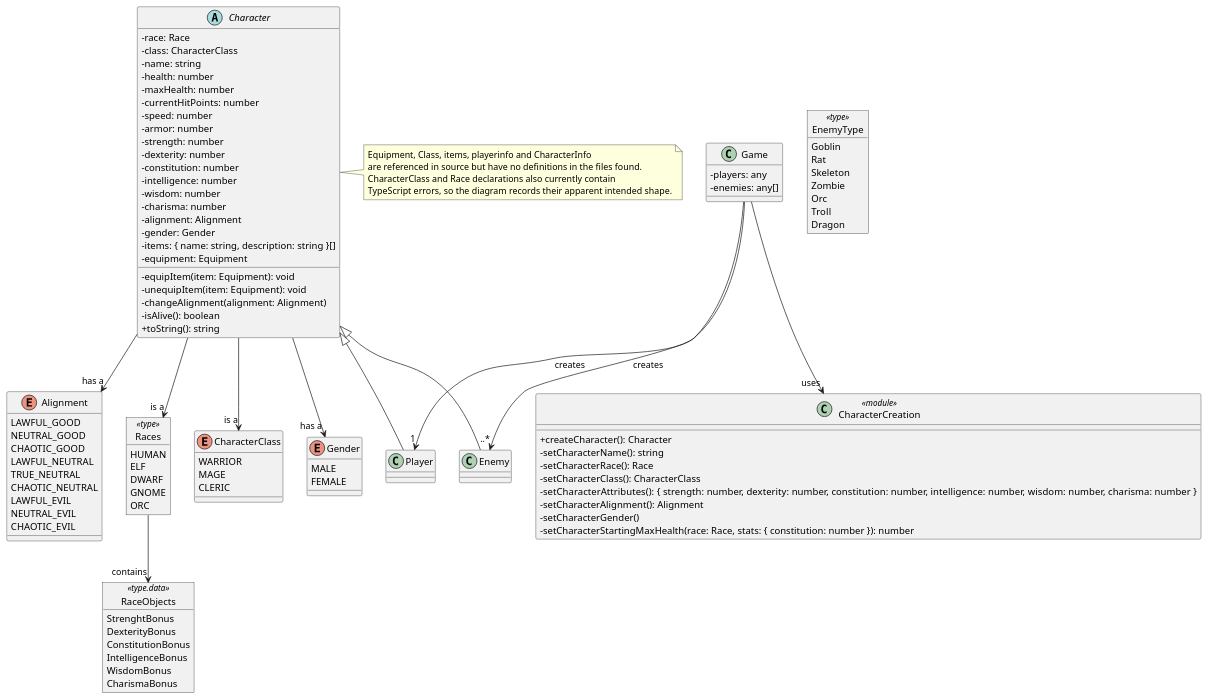
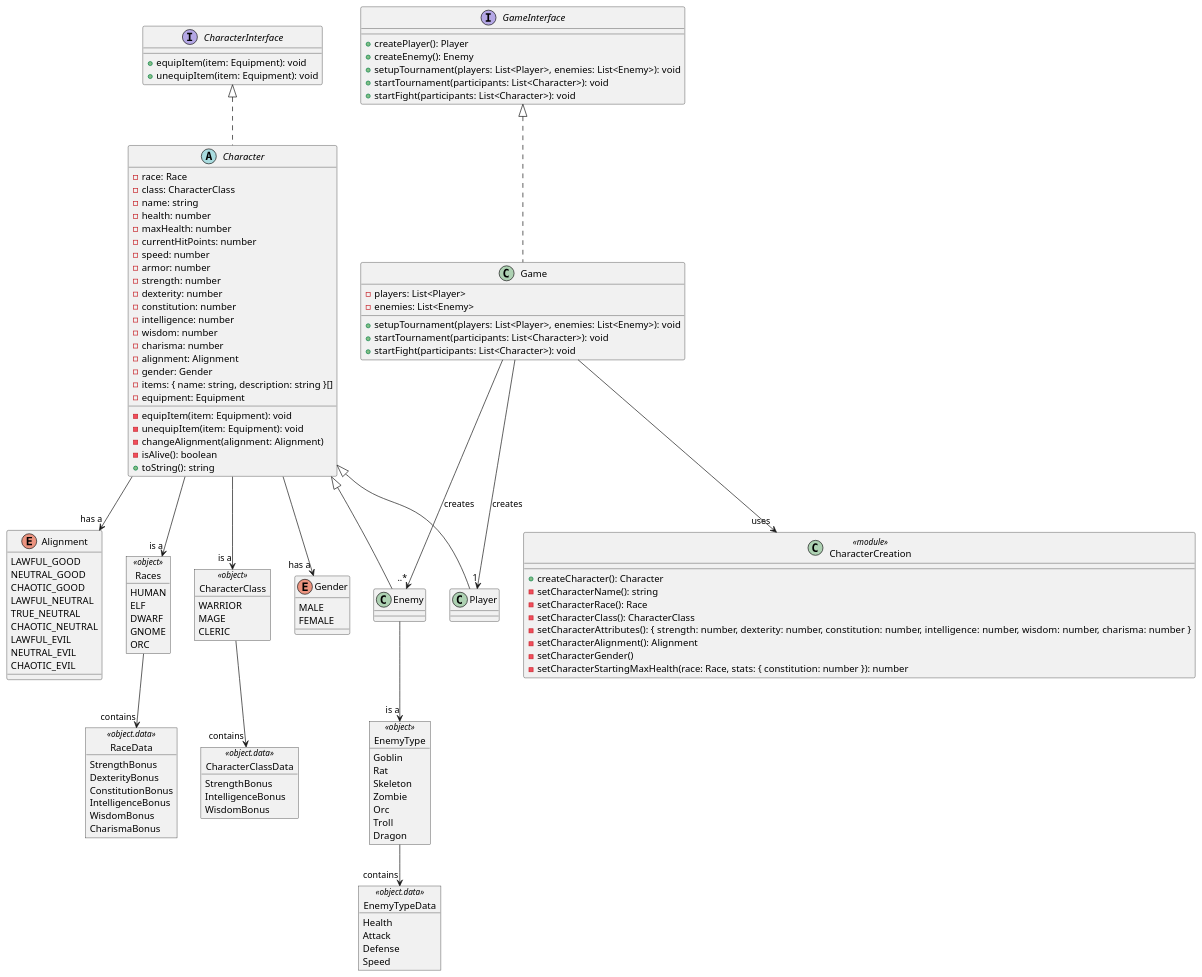
One commit to MrNegnar/RpgRandomGame changed the diagram in diagrams/class_diagram_v_01.puml. Above: the diagram before and after it, drawn with PlantUML. The commit also changed 1 other file, not shown here.

Commit message:
initial player usecase diagram. structure class diagram and add characterinterface

```diff
--- a/diagrams/class_diagram_v_01.puml
+++ b/diagrams/class_diagram_v_01.puml
@@ -1,135 +1,178 @@
-@startuml
-skinparam classAttributeIconSize 0
+@startuml Class diagram of rpgtournament
 
-abstract Character {
+'===============Interfaces=================
+
+interface GameInterface {
+  +createPlayer(): Player
+  +createEnemy(): Enemy
+  +setupTournament(players: List<Player>, enemies: List<Enemy>): void
+  +startTournament(participants: List<Character>): void
+  +startFight(participants: List<Character>): void
+}
+
+interface CharacterInterface {
+  +equipItem(item: Equipment): void
+  +unequipItem(item: Equipment): void
+}
+
+'===============Enums=================
+
+enum Gender {
+  MALE
+  FEMALE
+}
+
+enum Alignment {
+  LAWFUL_GOOD
+  NEUTRAL_GOOD
+  CHAOTIC_GOOD
+  LAWFUL_NEUTRAL
+  TRUE_NEUTRAL
+  CHAOTIC_NEUTRAL
+  LAWFUL_EVIL
+  NEUTRAL_EVIL
+  CHAOTIC_EVIL
+}
+
+'===============Objects=================
+
+object EnemyType <<object>> {
+  Goblin
+  Rat
+  Skeleton
+  Zombie
+  Orc
+  Troll
+  Dragon
+}
+
+object Races <<object>> {
+  HUMAN
+  ELF
+  DWARF
+  GNOME
+  ORC
+}
+
+object CharacterClass <<object>> {
+  WARRIOR
+  MAGE
+  CLERIC
+}
+
+'===============Object data=================
+
+object EnemyTypeData <<object.data>> {
+  Health
+  Attack
+  Defense
+  Speed
+}
+
+object RaceData <<object.data>> {
+  StrengthBonus
+  DexterityBonus
+  ConstitutionBonus
+  IntelligenceBonus
+  WisdomBonus
+  CharismaBonus
+}
+
+object CharacterClassData <<object.data>> {
+  StrengthBonus
+  IntelligenceBonus
+  WisdomBonus
+}
+
+'===============abstract classes=================
+
+abstract Character implements CharacterInterface {
   - race: Race
   - class: CharacterClass
   - name: string
   - health: number
   - maxHealth: number
   - currentHitPoints: number
   - speed: number
   - armor: number
   - strength: number
   - dexterity: number
   - constitution: number
   - intelligence: number
   - wisdom: number
   - charisma: number
   - alignment: Alignment
   - gender: Gender
   - items: { name: string, description: string }[]
   - equipment: Equipment
   - equipItem(item: Equipment): void
   - unequipItem(item: Equipment): void
   - changeAlignment(alignment: Alignment)
   - isAlive(): boolean
   + toString(): string
 }
 
+'===============concrete classes=================
+
+class Game implements GameInterface {
+  -players: List<Player>
+  -enemies: List<Enemy>
+  +setupTournament(players: List<Player>, enemies: List<Enemy>): void
+  +startTournament(participants: List<Character>): void
+  +startFight(participants: List<Character>): void
+}
+
 class Player extends Character {
 }
 
 class Enemy extends Character {
-}
-
-class Game {
-  - players: any
-  - enemies: any[]
 }
 
 class CharacterCreation <<module>> {
   + createCharacter(): Character
   - setCharacterName(): string
   - setCharacterRace(): Race
   - setCharacterClass(): CharacterClass
   - setCharacterAttributes(): { strength: number, dexterity: number, constitution: number, intelligence: number, wisdom: number, charisma: number }
   - setCharacterAlignment(): Alignment
   - setCharacterGender()
   - setCharacterStartingMaxHealth(race: Race, stats: { constitution: number }): number
 }
 
-object Races <<type>> {
-  HUMAN
-  ELF
-  DWARF
-  GNOME
-  ORC
-}
 
-object RaceObjects <<type.data>> {
-  StrenghtBonus
-  DexterityBonus
-  ConstitutionBonus
-  IntelligenceBonus
-  WisdomBonus
-  CharismaBonus
-}
-
-enum CharacterClass {
-  WARRIOR
-  MAGE
-  CLERIC
-}
-
-enum Gender {
-  MALE
-  FEMALE
-}
-
-enum Alignment {
-  LAWFUL_GOOD
-  NEUTRAL_GOOD
-  CHAOTIC_GOOD
-  LAWFUL_NEUTRAL
-  TRUE_NEUTRAL
-  CHAOTIC_NEUTRAL
-  LAWFUL_EVIL
-  NEUTRAL_EVIL
-  CHAOTIC_EVIL
-}
-
-object EnemyType <<type>> {
-  Goblin
-  Rat
-  Skeleton
-  Zombie
-  Orc
-  Troll
-  Dragon
-}
-
-object EnemyType.data <<type.data>> {
-  
-}
 
 
 '===============Enums=================
 
-Character --> "is a" Races
-Character --> "is a"CharacterClass
 Character --> "has a" Alignment
 Character --> "has a" Gender
 
+'================Objects=================
+
+Character --> "is a" Races
+Character --> "is a"CharacterClass
+
+Enemy --> "is a" EnemyType
+
 '===============types=================
+
 
 '===============relations=================
 
 Game --> "uses" CharacterCreation
 Game --> "1" Player: creates
 Game --> "..*" Enemy: creates
-Races --> "contains" RaceObjects
 
-'===============Interfaces=================
+'==========Object data relations===========
 
+Races --> "contains" RaceData
+
+EnemyType --> "contains" EnemyTypeData
+
+CharacterClass --> "contains" CharacterClassData
 
 '===============Notes=================
 
-note right of Character
-  Equipment, Class, items, playerinfo and CharacterInfo
-  are referenced in source but have no definitions in the files found.
-  CharacterClass and Race declarations also currently contain
-  TypeScript errors, so the diagram records their apparent intended shape.
-end note
+
 
 @enduml
```
